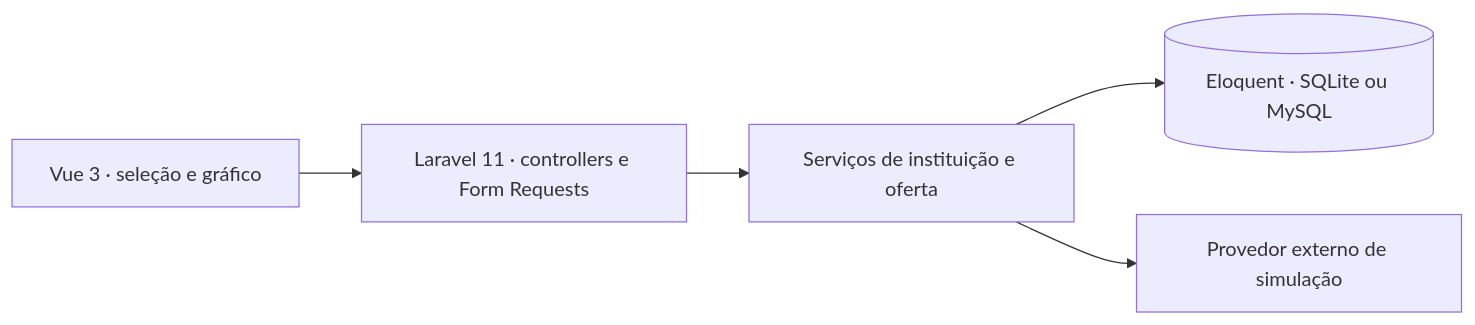
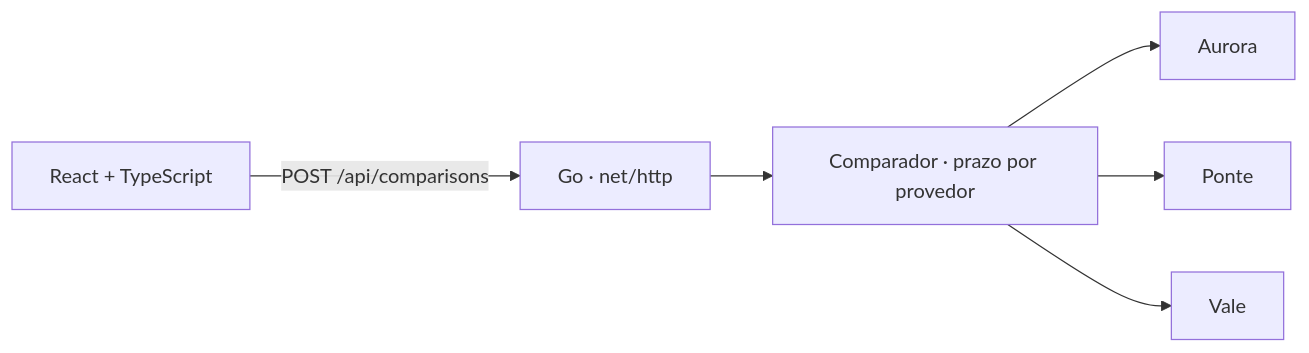
The diagram in README.md (acamilateixeira/GEMP), drawn with Mermaid before and after one commit. The commit also changed other lines of this file and 111 other files, not shown here.

````diff
--- a/README.md
+++ b/README.md
@@ -19,7 +21,8 @@
 ```mermaid
 flowchart LR
-    Vue["Vue 3 · seleção e gráfico"] --> Api["Laravel 11 · controllers e Form Requests"]
-    Api --> Services["Serviços de instituição e oferta"]
-    Services --> Db[("Eloquent · SQLite ou MySQL")]
-    Services --> External["Provedor externo de simulação"]
+    UI["React + TypeScript"] -->|"POST /api/comparisons"| API["Go · net/http"]
+    API --> C["Comparador · prazo por provedor"]
+    C --> A["Aurora"]
+    C --> P["Ponte"]
+    C --> V["Vale"]
 ```
````
